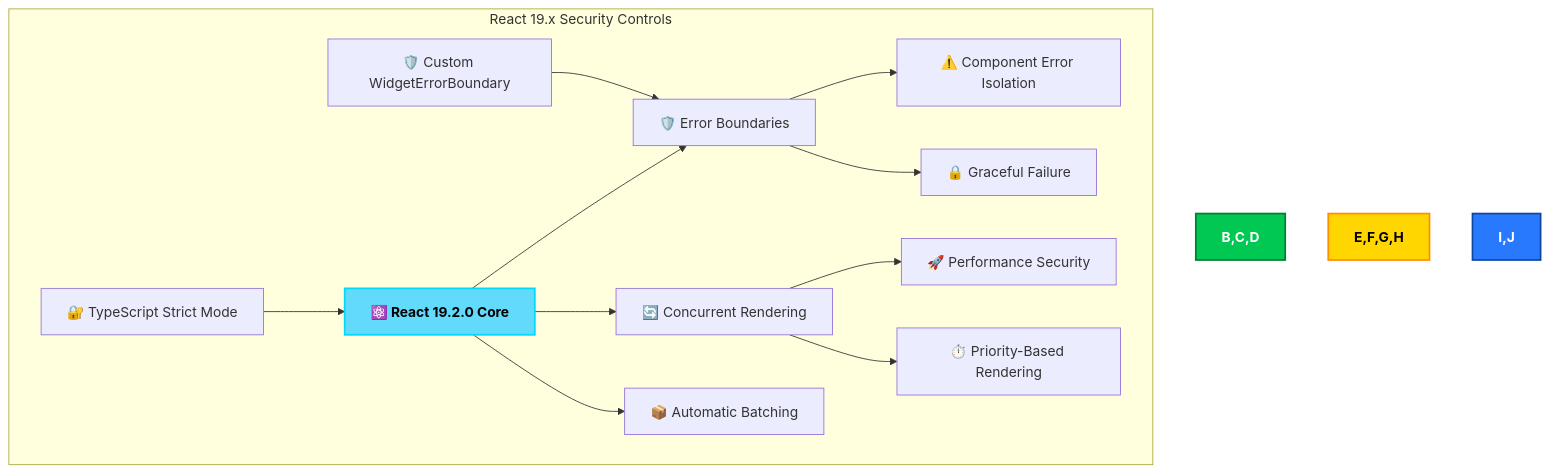
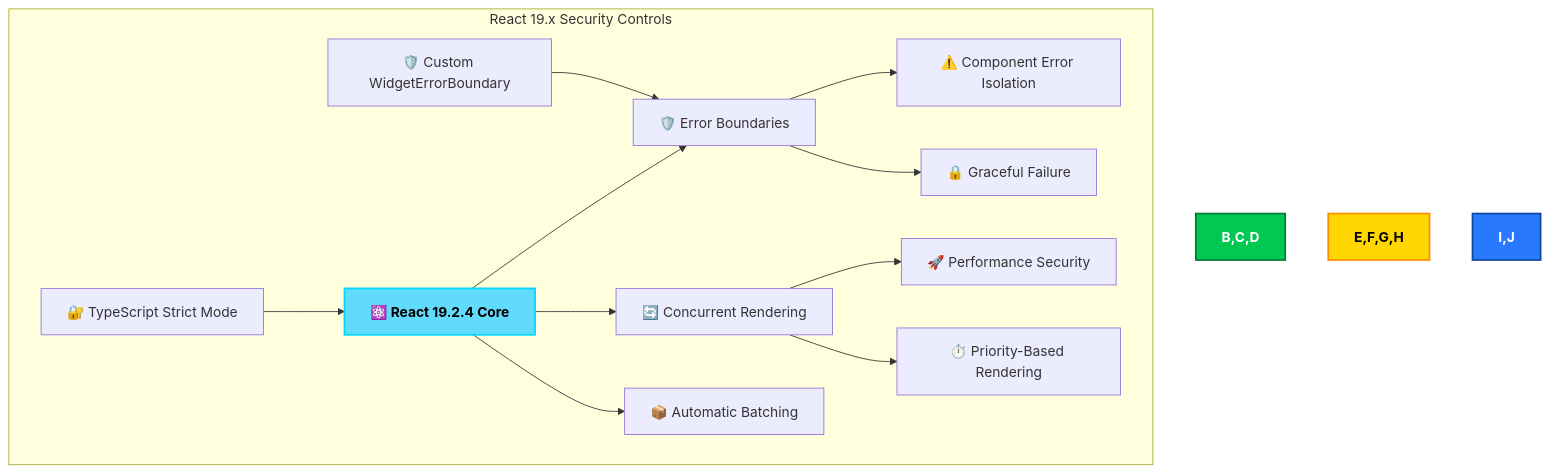
One commit to Hack23/cia-compliance-manager changed diagram 18 of 32 in docs/architecture/SECURITY_ARCHITECTURE.md. Above: the diagram before and after it, drawn with Mermaid. The commit also changed other lines of this file and 9 other files, not shown here.

First line of the commit message:
docs: update architecture documents to accurately reflect current system (#974)

````diff
--- a/docs/architecture/SECURITY_ARCHITECTURE.md
+++ b/docs/architecture/SECURITY_ARCHITECTURE.md
@@ -1214,22 +1244,22 @@
 ```mermaid
 flowchart TD
     subgraph "React 19.x Security Controls"
-        A[⚛️ React 19.2.0 Core] --> B[🛡️ Error Boundaries]
+        A[⚛️ React 19.2.4 Core] --> B[🛡️ Error Boundaries]
         A --> C[🔄 Concurrent Rendering]
         A --> D[📦 Automatic Batching]
         
         B --> E[⚠️ Component Error Isolation]
         B --> F[🔒 Graceful Failure]
         
         C --> G[🚀 Performance Security]
         C --> H[⏱️ Priority-Based Rendering]
         
         I[🔐 TypeScript Strict Mode] --> A
         J[🛡️ Custom WidgetErrorBoundary] --> B
     end
 
     style A fill:#61DAFB,stroke:#00D8FF,stroke-width:2px,color:black,font-weight:bold
     style B,C,D fill:#00C853,stroke:#007E33,stroke-width:2px,color:white,font-weight:bold
     style E,F,G,H fill:#FFD600,stroke:#FF8F00,stroke-width:2px,color:black,font-weight:bold
     style I,J fill:#2979FF,stroke:#0D47A1,stroke-width:2px,color:white,font-weight:bold
 ```
````
